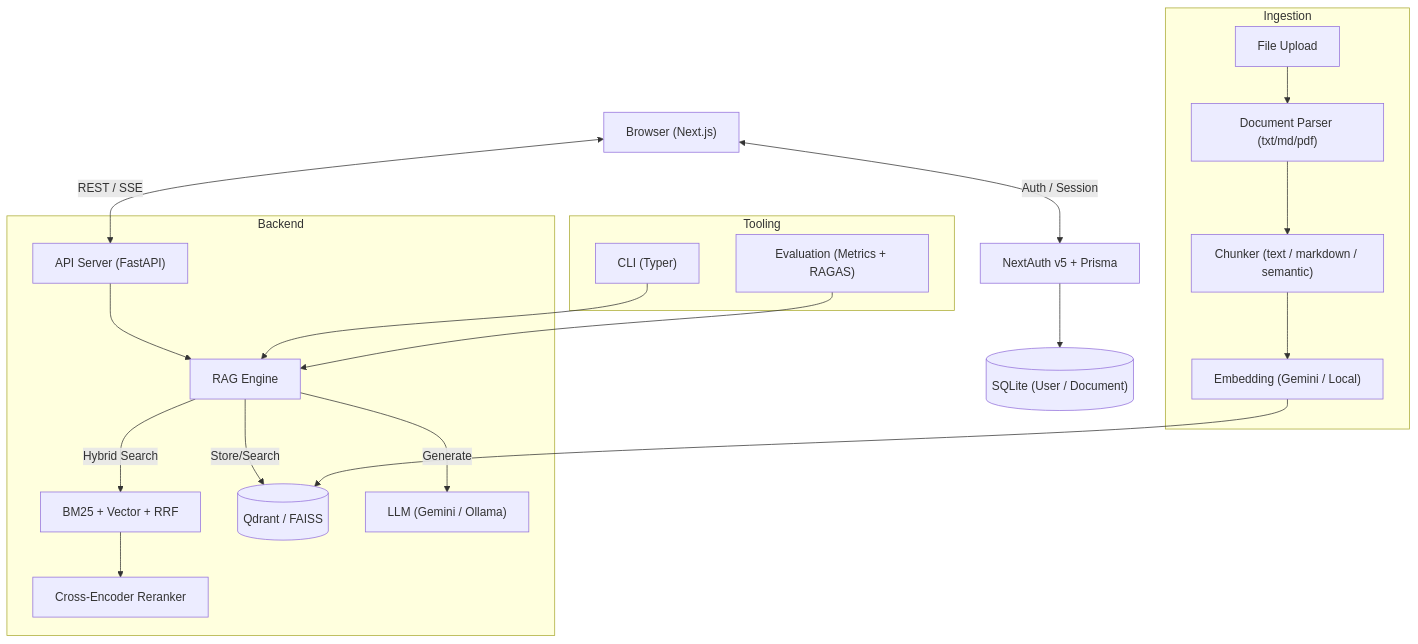
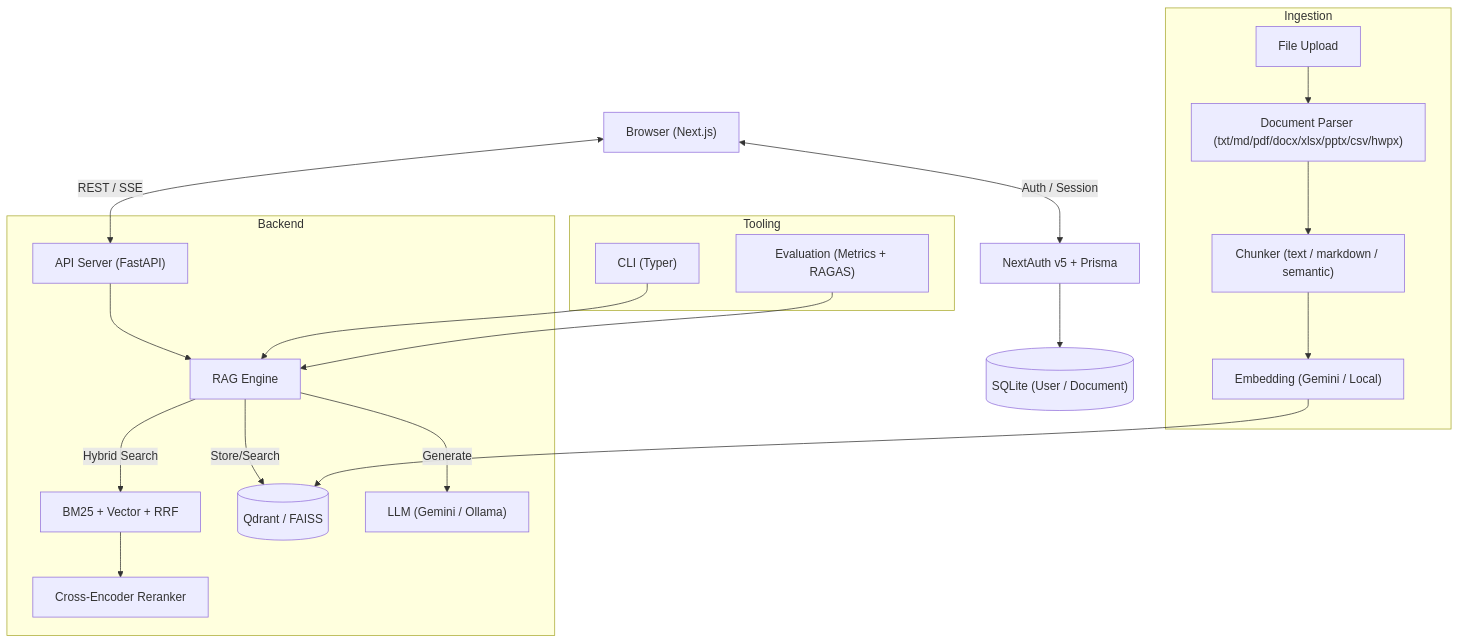
The diagram in README.md (okdoittttt/rag), drawn with Mermaid before and after one commit. The commit also changed other lines of this file, not shown here.

````diff
--- a/README.md
+++ b/README.md
@@ -45,26 +47,26 @@
 ```mermaid
 graph TD
     Client["Browser (Next.js)"] <-->|REST / SSE| API["API Server (FastAPI)"]
     Client <-->|Auth / Session| Auth["NextAuth v5 + Prisma"]
     Auth --> DB[("SQLite (User / Document)")]
 
     subgraph Backend
         API --> Engine["RAG Engine"]
         Engine -->|Hybrid Search| Retriever["BM25 + Vector + RRF"]
         Retriever --> Reranker["Cross-Encoder Reranker"]
         Engine -->|Store/Search| VectorDB[("Qdrant / FAISS")]
         Engine -->|Generate| LLM["LLM (Gemini / Ollama)"]
     end
 
     subgraph Ingestion
-        Upload["File Upload"] --> Parser["Document Parser (txt/md/pdf)"]
+        Upload["File Upload"] --> Parser["Document Parser (txt/md/pdf/docx/xlsx/pptx/csv/hwpx)"]
         Parser --> Chunker["Chunker (text / markdown / semantic)"]
         Chunker --> Embedder["Embedding (Gemini / Local)"]
         Embedder --> VectorDB
     end
 
     subgraph Tooling
         CLI["CLI (Typer)"] --> Engine
         Evals["Evaluation (Metrics + RAGAS)"] --> Engine
     end
 ```
````
